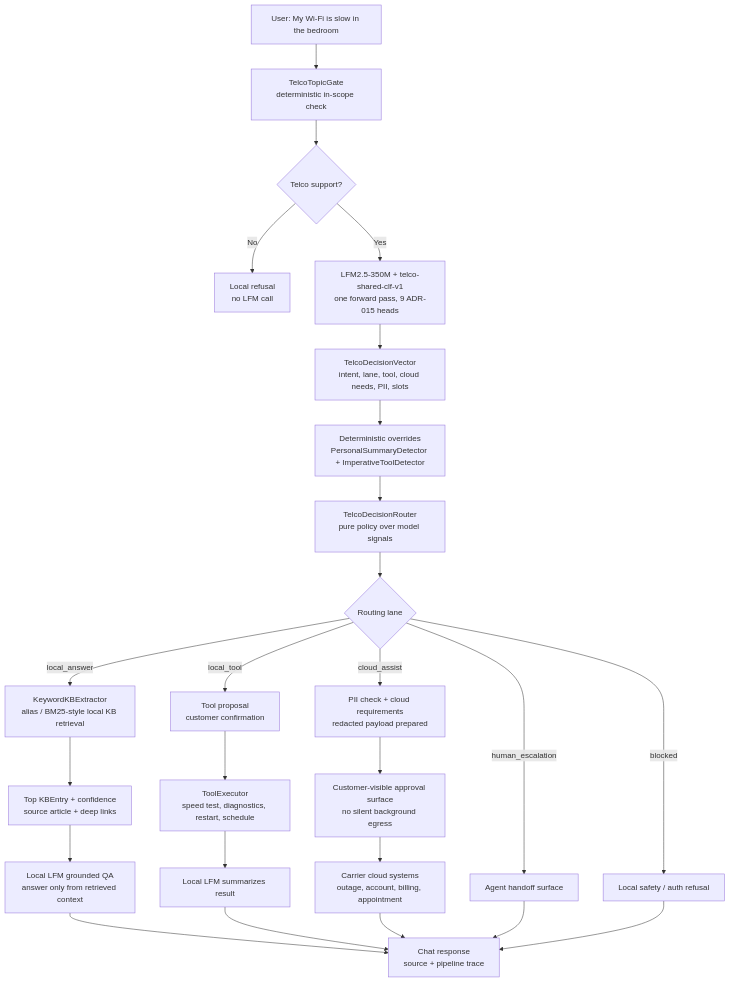
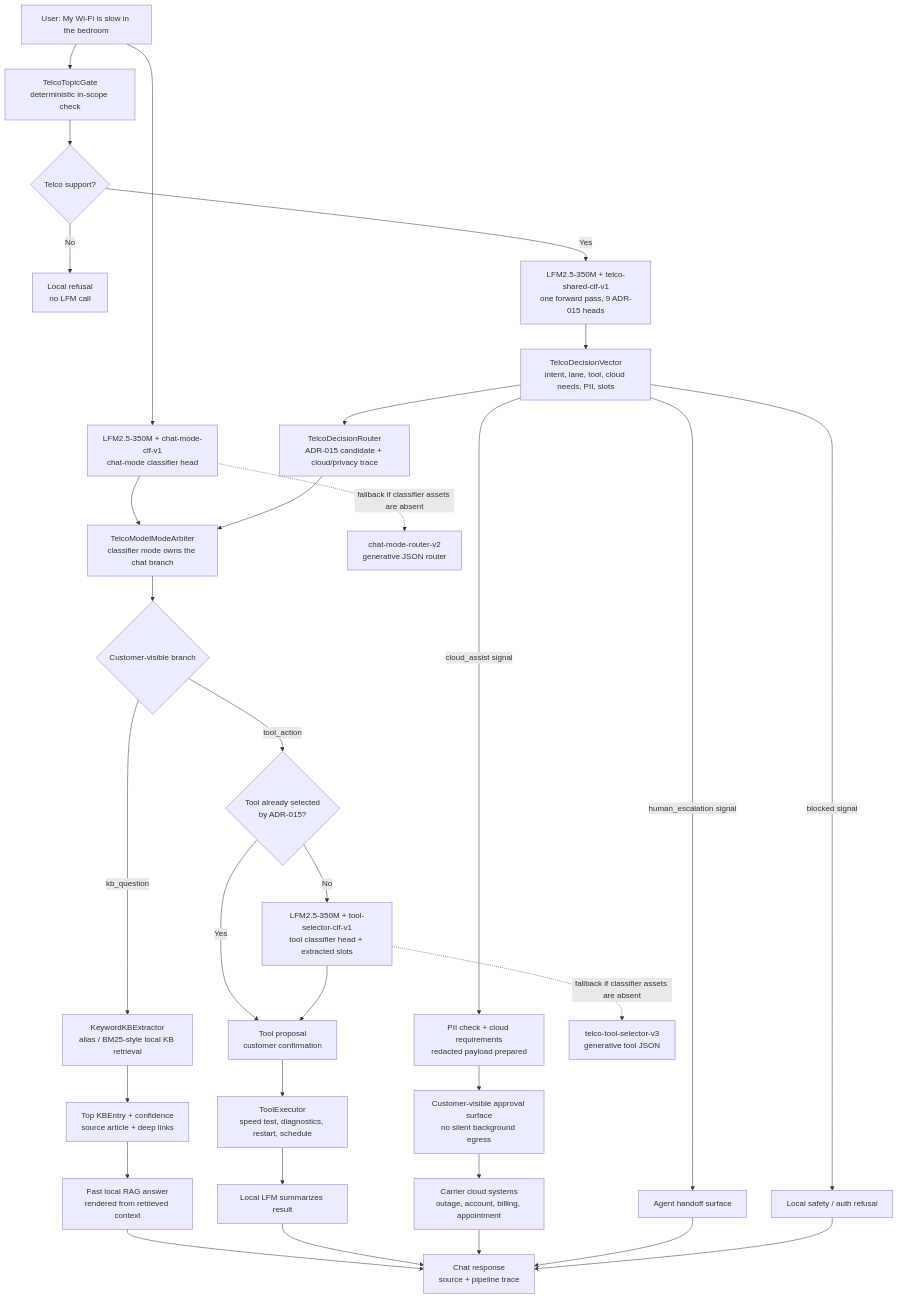
Before and after one commit to Liquid4All/cookbook: the diagram in examples/telco-triage-ios/README.md, drawn with Mermaid. The commit also changed other lines of this file and 44 other files, not shown here.

````diff
--- a/examples/telco-triage-ios/README.md
+++ b/examples/telco-triage-ios/README.md
@@ -43,32 +51,40 @@
 ```mermaid
 flowchart TD
     Q["User: My Wi-Fi is slow in the bedroom"] --> TG["TelcoTopicGate<br/>deterministic in-scope check"]
     TG --> Scope{"Telco support?"}
     Scope -- "No" --> Refuse["Local refusal<br/>no LFM call"]
     Scope -- "Yes" --> Heads["LFM2.5-350M + telco-shared-clf-v1<br/>one forward pass, 9 ADR-015 heads"]
 
+    Q --> Mode["LFM2.5-350M + chat-mode-clf-v1<br/>chat-mode classifier head"]
     Heads --> Vector["TelcoDecisionVector<br/>intent, lane, tool, cloud needs, PII, slots"]
-    Vector --> Overrides["Deterministic overrides<br/>PersonalSummaryDetector + ImperativeToolDetector"]
-    Overrides --> Router["TelcoDecisionRouter<br/>pure policy over model signals"]
-    Router --> Lane{"Routing lane"}
+    Vector --> Candidate["TelcoDecisionRouter<br/>ADR-015 candidate + cloud/privacy trace"]
+    Mode --> Arbiter["TelcoModelModeArbiter<br/>classifier mode owns the chat branch"]
+    Candidate --> Arbiter
+    Arbiter --> Lane{"Customer-visible branch"}
 
-    Lane -- "local_answer" --> KB["KeywordKBExtractor<br/>alias / BM25-style local KB retrieval"]
+    Lane -- "kb_question" --> KB["KeywordKBExtractor<br/>alias / BM25-style local KB retrieval"]
     KB --> Entry["Top KBEntry + confidence<br/>source article + deep links"]
-    Entry --> Grounded["Local LFM grounded QA<br/>answer only from retrieved context"]
+    Entry --> Grounded["Fast local RAG answer<br/>rendered from retrieved context"]
     Grounded --> UI["Chat response<br/>source + pipeline trace"]
 
-    Lane -- "local_tool" --> Proposal["Tool proposal<br/>customer confirmation"]
+    Lane -- "tool_action" --> Selector{"Tool already selected<br/>by ADR-015?"}
+    Selector -- "Yes" --> Proposal["Tool proposal<br/>customer confirmation"]
+    Selector -- "No" --> ToolHead["LFM2.5-350M + tool-selector-clf-v1<br/>tool classifier head + extracted slots"]
+    ToolHead --> Proposal
     Proposal --> Tool["ToolExecutor<br/>speed test, diagnostics, restart, schedule"]
     Tool --> Summary["Local LFM summarizes result"]
     Summary --> UI
 
-    Lane -- "cloud_assist" --> Payload["PII check + cloud requirements<br/>redacted payload prepared"]
+    Vector -- "cloud_assist signal" --> Payload["PII check + cloud requirements<br/>redacted payload prepared"]
     Payload --> Approval["Customer-visible approval surface<br/>no silent background egress"]
     Approval --> Cloud["Carrier cloud systems<br/>outage, account, billing, appointment"]
     Cloud --> UI
 
-    Lane -- "human_escalation" --> Agent["Agent handoff surface"]
+    Vector -- "human_escalation signal" --> Agent["Agent handoff surface"]
     Agent --> UI
-    Lane -- "blocked" --> Block["Local safety / auth refusal"]
+    Vector -- "blocked signal" --> Block["Local safety / auth refusal"]
     Block --> UI
+
+    Mode -. "fallback if classifier assets are absent" .-> GenMode["chat-mode-router-v2<br/>generative JSON router"]
+    ToolHead -. "fallback if classifier assets are absent" .-> GenTool["telco-tool-selector-v3<br/>generative tool JSON"]
 ```
````
